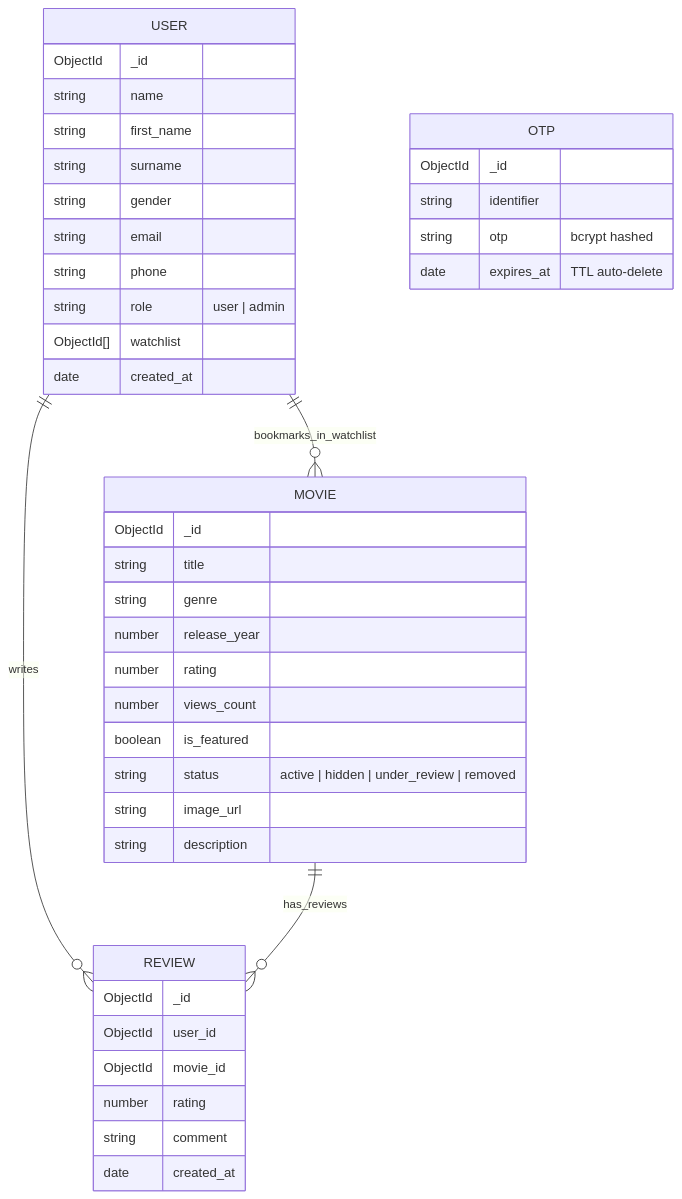
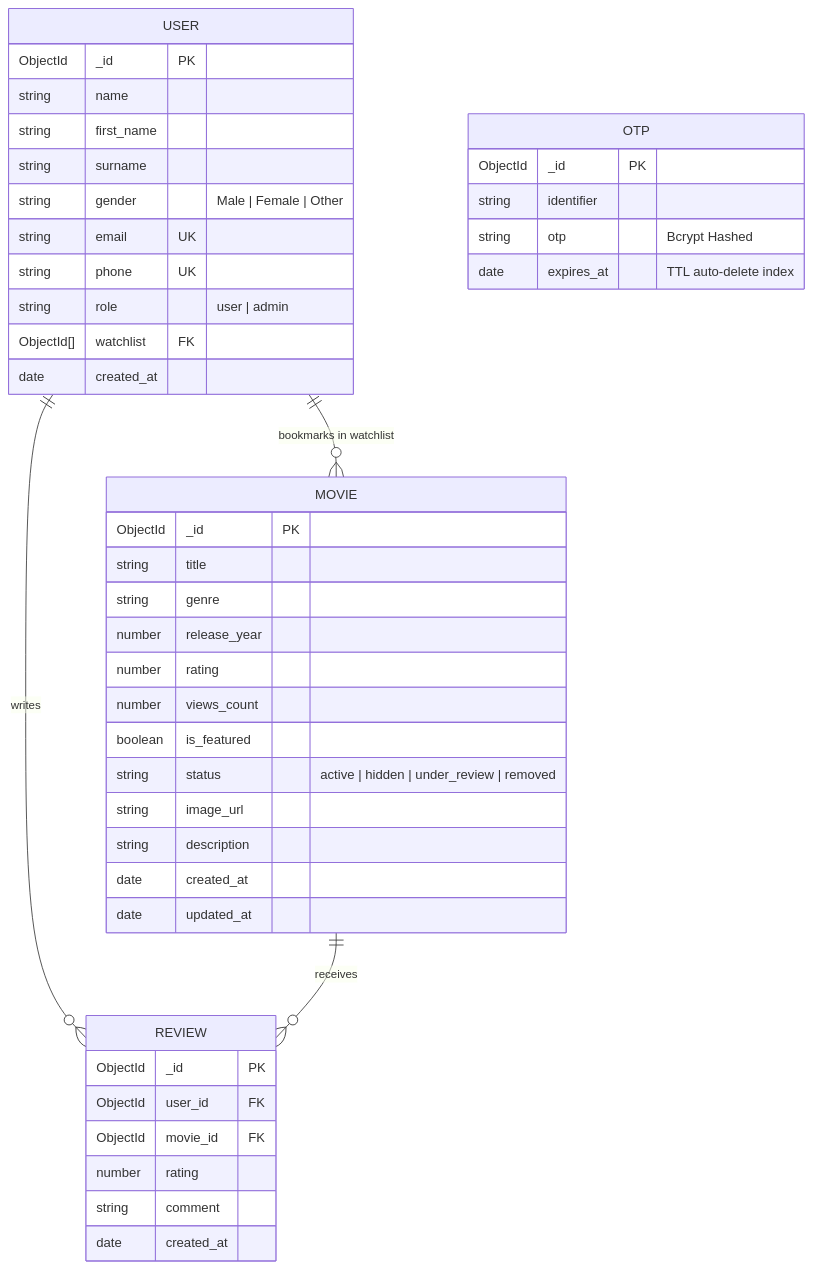
The diagram in CineVerse_Project_Documentation.md (Ishit02422/Movie-Catalog-CineVerse-), drawn with Mermaid before and after one commit. The commit also changed other lines of this file, not shown here.

````diff
--- a/CineVerse_Project_Documentation.md
+++ b/CineVerse_Project_Documentation.md
@@ -89,48 +91,50 @@
 ```mermaid
 erDiagram
-    USER ||--o{ REVIEW : writes
-    USER ||--o{ MOVIE : bookmarks_in_watchlist
-    MOVIE ||--o{ REVIEW : has_reviews
+    USER ||--o{ REVIEW : "writes"
+    USER ||--o{ MOVIE : "bookmarks in watchlist"
+    MOVIE ||--o{ REVIEW : "receives"
 
     USER {
-        ObjectId _id
+        ObjectId _id PK
         string name
         string first_name
         string surname
-        string gender
-        string email
-        string phone
+        string gender "Male | Female | Other"
+        string email UK
+        string phone UK
         string role "user | admin"
-        ObjectId[] watchlist
+        ObjectId[] watchlist FK
         date created_at
     }
 
     MOVIE {
-        ObjectId _id
+        ObjectId _id PK
         string title
         string genre
         number release_year
         number rating
         number views_count
         boolean is_featured
         string status "active | hidden | under_review | removed"
         string image_url
         string description
+        date created_at
+        date updated_at
     }
 
     OTP {
-        ObjectId _id
+        ObjectId _id PK
         string identifier
-        string otp "bcrypt hashed"
-        date expires_at "TTL auto-delete"
+        string otp "Bcrypt Hashed"
+        date expires_at "TTL auto-delete index"
     }
 
     REVIEW {
-        ObjectId _id
-        ObjectId user_id
-        ObjectId movie_id
+        ObjectId _id PK
+        ObjectId user_id FK
+        ObjectId movie_id FK
         number rating
         string comment
         date created_at
     }
 ```
````
